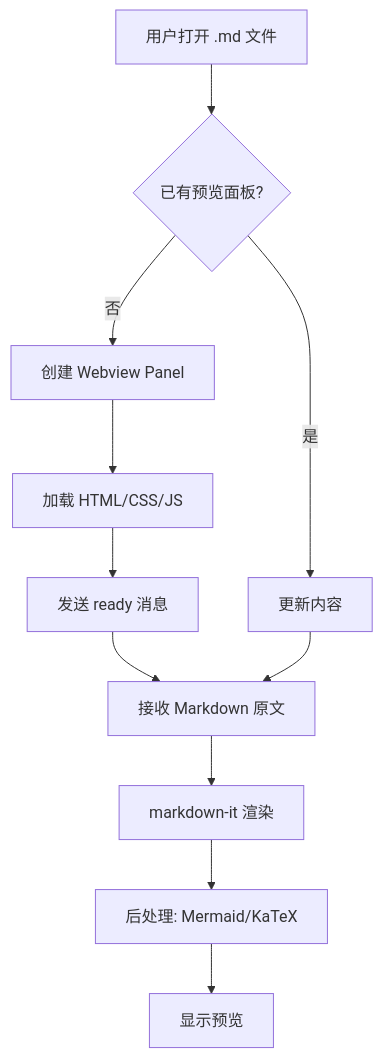
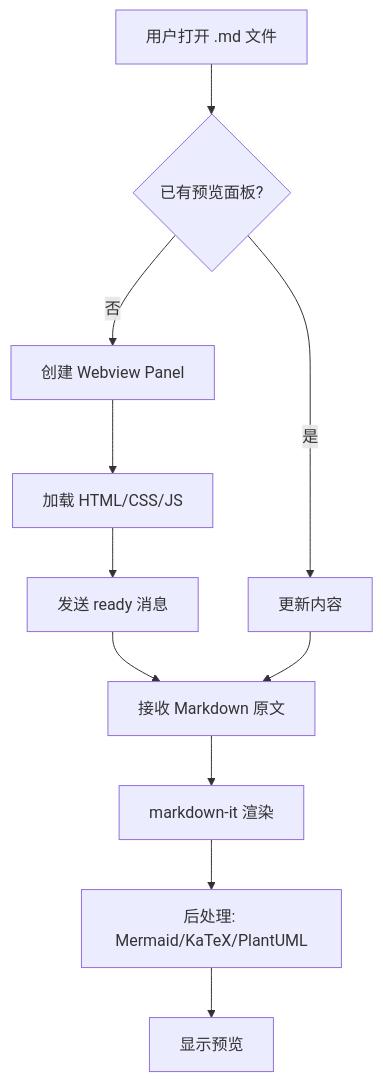
The first of 4 diagrams in test-preview.md (zbw1037176947-netizen/markdown-super), drawn with Mermaid before and after one commit. The commit also changed other lines of this file and 2 other files, not shown here.

First line of the commit message:
fix: 修复图片预览路径解析 + 更新全功能测试文档

````diff
--- a/test-preview.md
+++ b/test-preview.md
@@ -95,13 +215,13 @@
 ```mermaid
 graph TD
     A[用户打开 .md 文件] --> B{已有预览面板?}
     B -->|是| C[更新内容]
     B -->|否| D[创建 Webview Panel]
     D --> E[加载 HTML/CSS/JS]
     E --> F[发送 ready 消息]
     F --> G[接收 Markdown 原文]
     G --> H[markdown-it 渲染]
-    H --> I[后处理: Mermaid/KaTeX]
+    H --> I[后处理: Mermaid/KaTeX/PlantUML]
     I --> J[显示预览]
     C --> G
 ```
````
